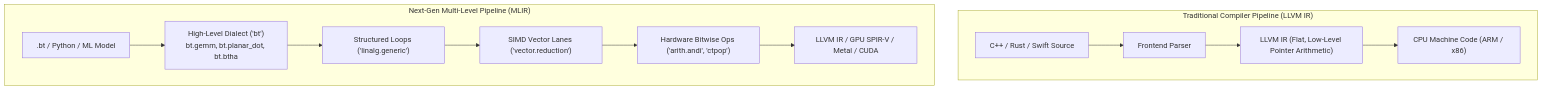
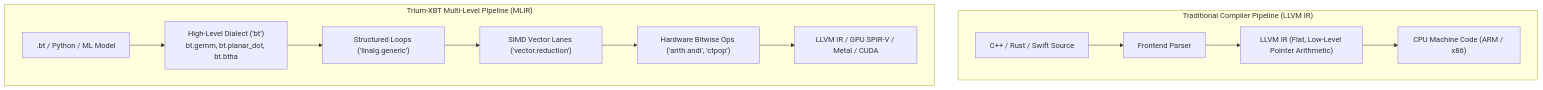
One commit to Ojas-Arya-OPEN-FOUNDATION/Trium-XBT-compiler changed diagram 16 of 22 in NEXT_GEN_FOUNDATION_COMPILER_COMPLETE_GUIDE.md. Above: the diagram before and after it, drawn with Mermaid. The commit also changed other lines of this file and 30 other files, not shown here.

First line of the commit message:
chore(branding): Officially rebrand project to Trium-XBT Foundational Compiler

````diff
--- a/NEXT_GEN_FOUNDATION_COMPILER_COMPLETE_GUIDE.md
+++ b/NEXT_GEN_FOUNDATION_COMPILER_COMPLETE_GUIDE.md
@@ -3037,16 +3037,16 @@
 ```mermaid
 flowchart TD
     subgraph TraditionalLLVM["Traditional Compiler Pipeline (LLVM IR)"]
         SourceCode["C++ / Rust / Swift Source"] --> Clang["Frontend Parser"]
         Clang --> LowLevelIR["LLVM IR (Flat, Low-Level Pointer Arithmetic)"]
         LowLevelIR --> MachineCode["CPU Machine Code (ARM / x86)"]
     end
     
-    subgraph MLIRPipeline["Next-Gen Multi-Level Pipeline (MLIR)"]
+    subgraph MLIRPipeline["Trium-XBT Multi-Level Pipeline (MLIR)"]
         TernarySource[".bt / Python / ML Model"] --> DialectBT["High-Level Dialect ('bt')<br/>bt.gemm, bt.planar_dot, bt.btha"]
         DialectBT --> DialectLinalg["Structured Loops ('linalg.generic')"]
         DialectLinalg --> DialectVector["SIMD Vector Lanes ('vector.reduction')"]
         DialectVector --> DialectArith["Hardware Bitwise Ops ('arith.andi', 'ctpop')"]
         DialectArith --> DialectLLVM["LLVM IR / GPU SPIR-V / Metal / CUDA"]
     end
 ```
````
